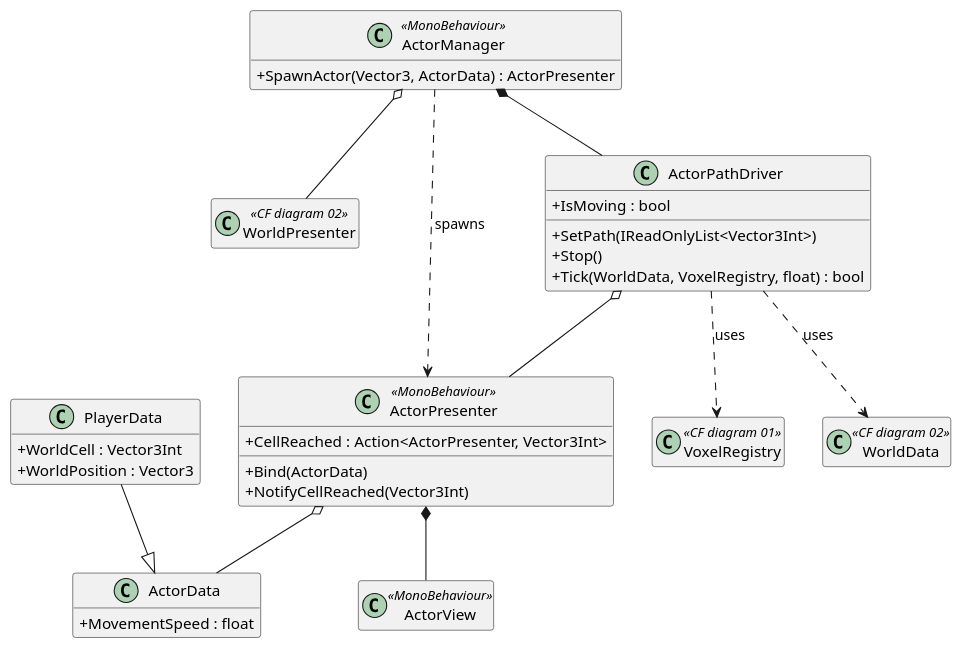
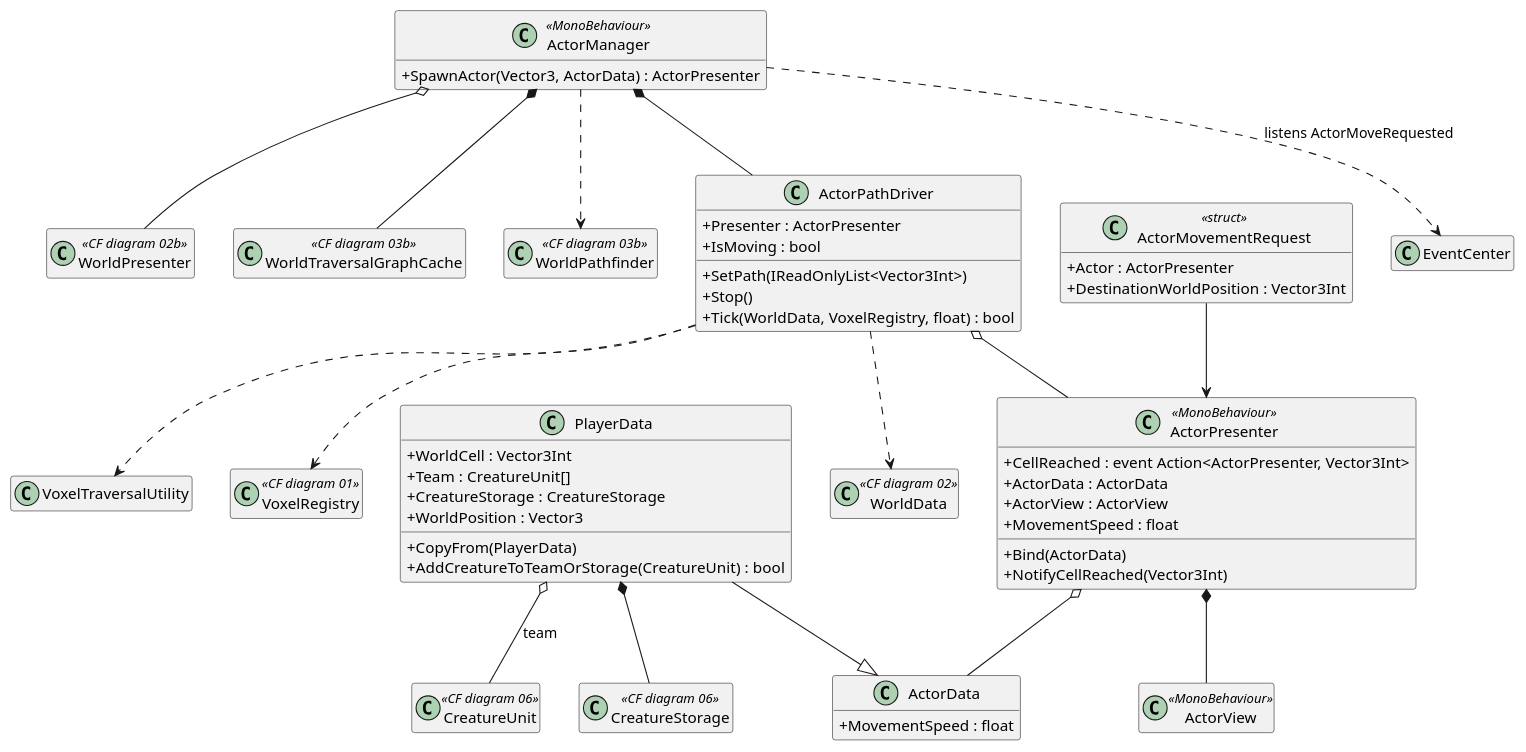
Before and after one commit to EreliaStudio/Erelia: the diagram in Architecture/diagrams/09_actors.puml, drawn with PlantUML. The commit also changed 187 other files, not shown here.

```diff
--- a/Architecture/diagrams/09_actors.puml
+++ b/Architecture/diagrams/09_actors.puml
@@ -1,48 +1,72 @@
 @startuml Actor System
 
 skinparam classAttributeIconSize 0
+skinparam shadowing false
 hide empty members
 
-class WorldPresenter <<CF diagram 02>> {}
+class WorldPresenter <<CF diagram 02b>> {}
 class WorldData <<CF diagram 02>> {}
 class VoxelRegistry <<CF diagram 01>> {}
+class WorldTraversalGraphCache <<CF diagram 03b>> {}
+class WorldPathfinder <<CF diagram 03b>> {}
+class CreatureUnit <<CF diagram 06>> {}
+class CreatureStorage <<CF diagram 06>> {}
 
 class ActorData {
   +MovementSpeed : float
 }
 
 class PlayerData {
   +WorldCell : Vector3Int
+  +Team : CreatureUnit[]
+  +CreatureStorage : CreatureStorage
   +WorldPosition : Vector3
+  +CopyFrom(PlayerData)
+  +AddCreatureToTeamOrStorage(CreatureUnit) : bool
 }
 
-class ActorView <<MonoBehaviour>> {}
+class ActorMovementRequest <<struct>> {
+  +Actor : ActorPresenter
+  +DestinationWorldPosition : Vector3Int
+}
+
+class ActorView <<MonoBehaviour>>
 
 class ActorPresenter <<MonoBehaviour>> {
-  +CellReached : Action<ActorPresenter, Vector3Int>
+  +CellReached : event Action<ActorPresenter, Vector3Int>
+  +ActorData : ActorData
+  +ActorView : ActorView
+  +MovementSpeed : float
   +Bind(ActorData)
   +NotifyCellReached(Vector3Int)
 }
 
 class ActorPathDriver {
+  +Presenter : ActorPresenter
   +IsMoving : bool
   +SetPath(IReadOnlyList<Vector3Int>)
   +Stop()
   +Tick(WorldData, VoxelRegistry, float) : bool
 }
 
 class ActorManager <<MonoBehaviour>> {
   +SpawnActor(Vector3, ActorData) : ActorPresenter
 }
 
 PlayerData --|> ActorData
+PlayerData o-- CreatureUnit : team
+PlayerData *-- CreatureStorage
 ActorPresenter *-- ActorView
 ActorPresenter o-- ActorData
 ActorPathDriver o-- ActorPresenter
-ActorPathDriver ..> WorldData : uses
-ActorPathDriver ..> VoxelRegistry : uses
+ActorPathDriver ..> WorldData
+ActorPathDriver ..> VoxelRegistry
+ActorPathDriver ..> VoxelTraversalUtility
+ActorManager o-- WorldPresenter
+ActorManager *-- WorldTraversalGraphCache
 ActorManager *-- ActorPathDriver
-ActorManager ..> ActorPresenter : spawns
-ActorManager o-- WorldPresenter
+ActorManager ..> WorldPathfinder
+ActorManager ..> EventCenter : listens ActorMoveRequested
+ActorMovementRequest --> ActorPresenter
 
 @enduml
```
